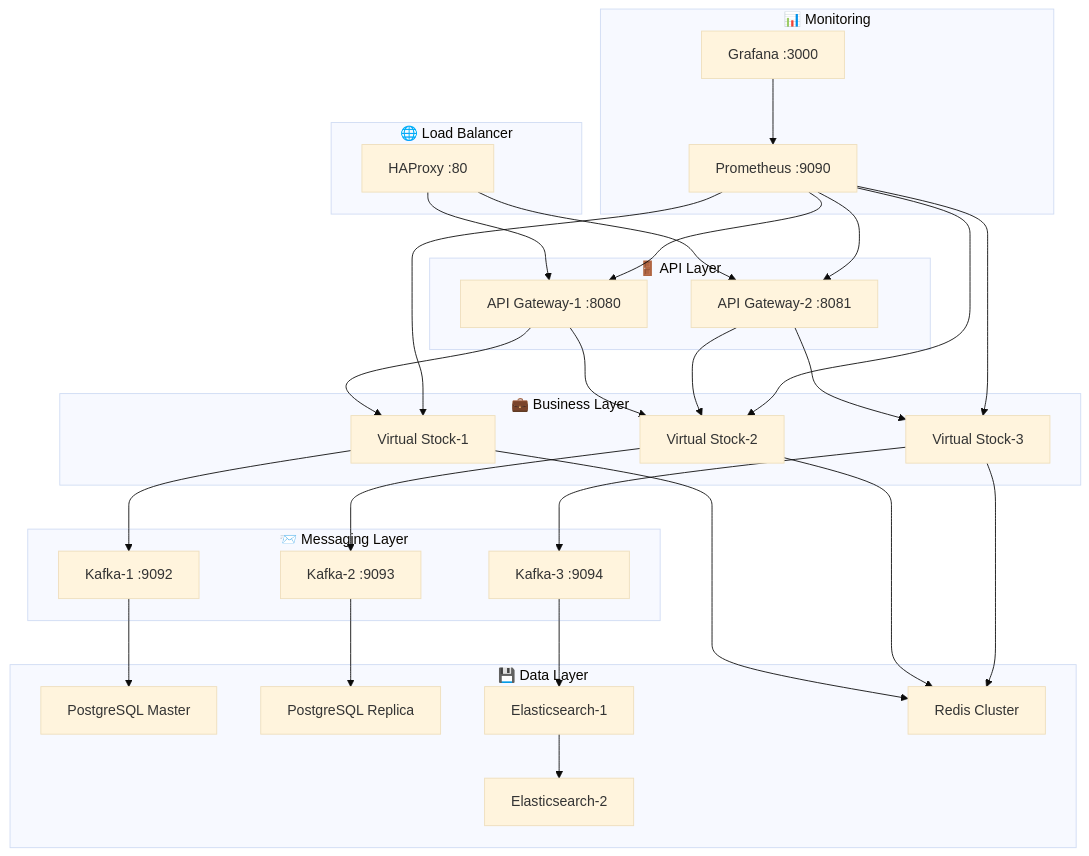
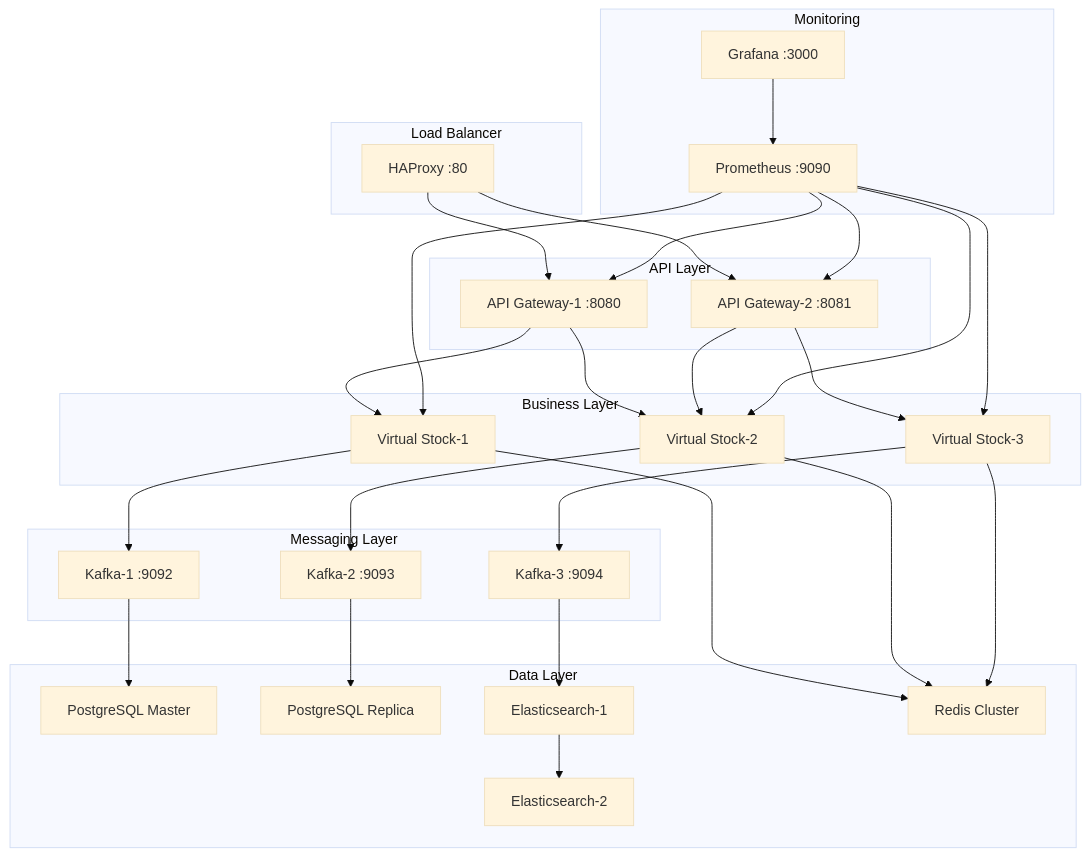
One commit to italo-costa/estudosKBNT_Kafka_Logs_V2_cleanCode changed the fifth of 7 diagrams in DEPLOYMENT_STRATEGIES.md. Above: the diagram before and after it, drawn with Mermaid (base theme). The commit also changed other lines of this file and 1 other file, not shown here.

First line of the commit message:
docs: Remove emojis from Mermaid diagrams for better GitHub rendering

````diff
--- a/DEPLOYMENT_STRATEGIES.md
+++ b/DEPLOYMENT_STRATEGIES.md
@@ -176,60 +176,60 @@
 ```mermaid
 graph TB
-    subgraph "🌐 Load Balancer"
+    subgraph "Load Balancer"
         LB[HAProxy :80]
     end
     
-    subgraph "🚪 API Layer"
+    subgraph "API Layer"
         A1[API Gateway-1 :8080]
         A2[API Gateway-2 :8081]
     end
     
-    subgraph "💼 Business Layer"
+    subgraph "Business Layer"
         B1[Virtual Stock-1]
         B2[Virtual Stock-2]
         B3[Virtual Stock-3]
     end
     
-    subgraph "📨 Messaging Layer"
+    subgraph "Messaging Layer"
         C1[Kafka-1 :9092]
         C2[Kafka-2 :9093]
         C3[Kafka-3 :9094]
     end
     
-    subgraph "💾 Data Layer"
+    subgraph "Data Layer"
         D1[PostgreSQL Master]
         D2[PostgreSQL Replica]
         E1[Elasticsearch-1]
         E2[Elasticsearch-2]
         F1[Redis Cluster]
     end
     
-    subgraph "📊 Monitoring"
+    subgraph "Monitoring"
         G1[Prometheus :9090]
         G2[Grafana :3000]
     end
     
     LB --> A1
     LB --> A2
     A1 --> B1
     A1 --> B2
     A2 --> B2
     A2 --> B3
     B1 --> C1
     B2 --> C2
     B3 --> C3
     C1 --> D1
     C2 --> D2
     C3 --> E1
     E1 --> E2
     B1 --> F1
     B2 --> F1
     B3 --> F1
     
     G1 --> A1
     G1 --> A2
     G1 --> B1
     G1 --> B2
     G1 --> B3
     G2 --> G1
 ```
````
